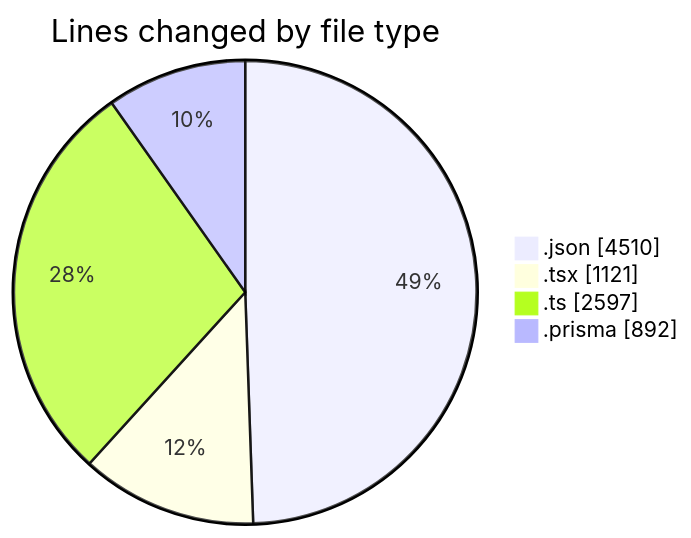
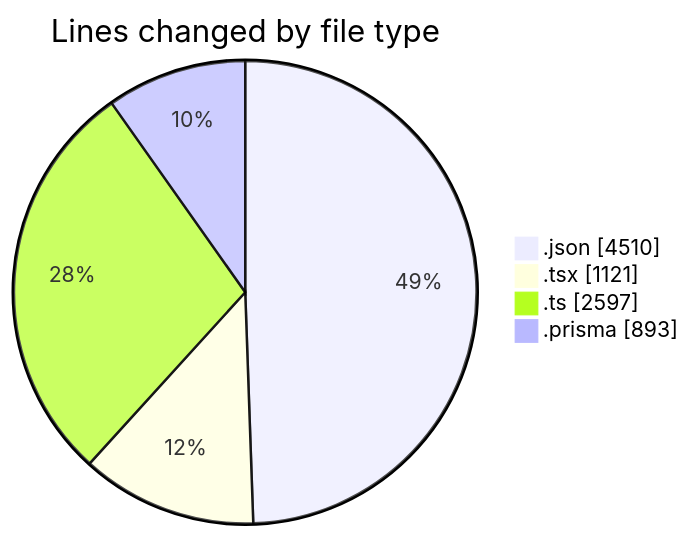
One commit to CELIANVF/code-tracking changed the first of 2 diagrams in 2025-05-05/ecodeli/README.md. Above: the diagram before and after it, drawn with Mermaid. The commit also changed other lines of this file and 1 other file, not shown here.

````diff
--- a/2025-05-05/ecodeli/README.md
+++ b/2025-05-05/ecodeli/README.md
@@ -32,8 +32,8 @@
 ```mermaid
 pie showData
 title Lines changed by file type
 ".json" : 4510
 ".tsx" : 1121
 ".ts" : 2597
-".prisma" : 892
+".prisma" : 893
 ```
````
